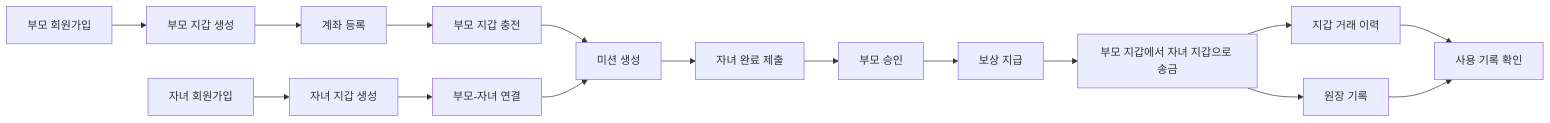
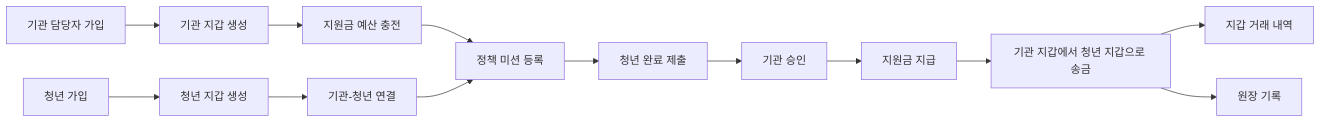
One commit to ohuiseok/PayFlow changed the diagram in docs/payflow-service-planning.md. Above: the diagram before and after it, drawn with Mermaid. The commit also changed other lines of this file and 173 other files, not shown here.

````diff
--- a/docs/payflow-service-planning.md
+++ b/docs/payflow-service-planning.md
@@ -64,18 +56,15 @@
 ```mermaid
 flowchart LR
-    parent[부모 회원가입] --> parentWallet[부모 지갑 생성]
-    child[자녀 회원가입] --> childWallet[자녀 지갑 생성]
-    parentWallet --> bank[계좌 등록]
-    bank --> charge[부모 지갑 충전]
-    childWallet --> link[부모-자녀 연결]
-    charge --> mission[미션 생성]
+    agency[기관 담당자 가입] --> agencyWallet[기관 지갑 생성]
+    youth[청년 가입] --> youthWallet[청년 지갑 생성]
+    agencyWallet --> charge[지원금 예산 충전]
+    youthWallet --> link[기관-청년 연결]
+    charge --> mission[정책 미션 등록]
     link --> mission
-    mission --> submit[자녀 완료 제출]
-    submit --> approve[부모 승인]
-    approve --> pay[보상 지급]
-    pay --> transfer[부모 지갑에서 자녀 지갑으로 송금]
-    transfer --> history[지갑 거래 이력]
+    mission --> submit[청년 완료 제출]
+    submit --> approve[기관 승인]
+    approve --> pay[지원금 지급]
+    pay --> transfer[기관 지갑에서 청년 지갑으로 송금]
+    transfer --> history[지갑 거래 내역]
     transfer --> ledger[원장 기록]
-    history --> cashbook[사용 기록 확인]
-    ledger --> cashbook
 ```
````
